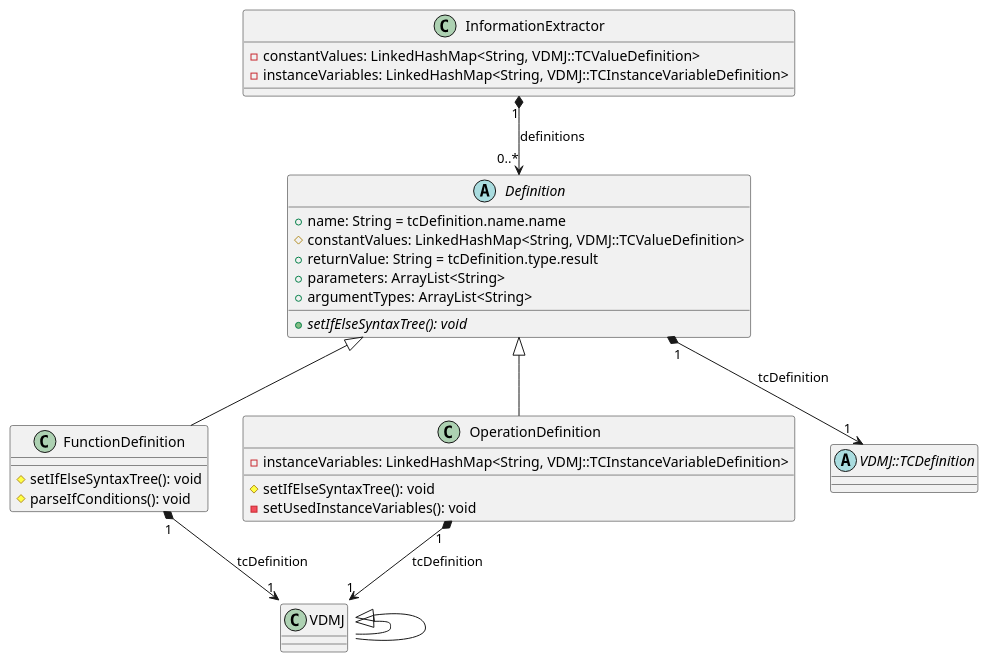
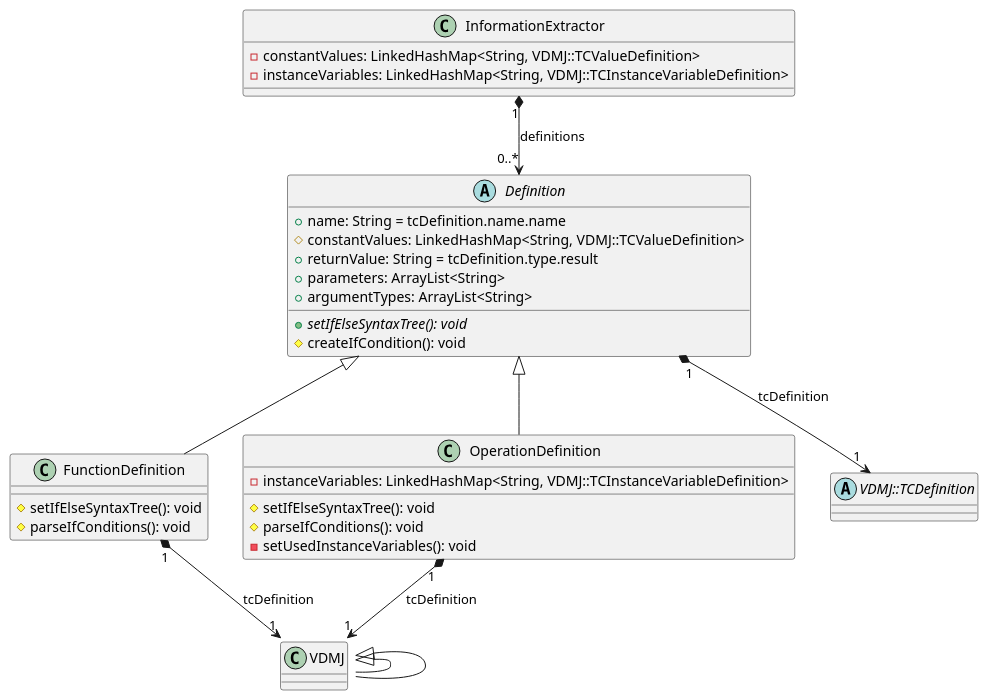
One commit to korosuke613/master-thesis changed the diagram in figs/Definition.wsd. Above: the diagram before and after it, drawn with PlantUML. The commit also changed 1 other file, not shown here.

```diff
--- a/figs/Definition.wsd
+++ b/figs/Definition.wsd
@@ -1,45 +1,47 @@
 @startuml Definition
 
 class InformationExtractor{
      - constantValues: LinkedHashMap<String, VDMJ::TCValueDefinition>
      - instanceVariables: LinkedHashMap<String, VDMJ::TCInstanceVariableDefinition>
 
 }
 
 abstract class Definition{
      + name: String = tcDefinition.name.name
      # constantValues: LinkedHashMap<String, VDMJ::TCValueDefinition>
      + returnValue: String = tcDefinition.type.result
      + parameters: ArrayList<String>
      + argumentTypes: ArrayList<String>
      + {abstract} setIfElseSyntaxTree(): void
+     # createIfCondition(): void
 }
 
 class FunctionDefinition{
      # setIfElseSyntaxTree(): void
      # parseIfConditions(): void
 }
 
 class OperationDefinition{
      - instanceVariables: LinkedHashMap<String, VDMJ::TCInstanceVariableDefinition>
      # setIfElseSyntaxTree(): void
+     # parseIfConditions(): void
      - setUsedInstanceVariables(): void
 }
 'note left: tcDefinition->oclIsTypeOf(TCExplicitOperationDefinition)
 
 ' left to right direction
 VDMJ::TCDefinition <|-- VDMJ::TCExplicitFunctionDefinition
 VDMJ::TCDefinition <|-- VDMJ::TCExplicitOperationDefinition
 
 abstract class VDMJ::TCDefinition
 
 Definition "1" *--> "1" VDMJ::TCDefinition: tcDefinition
 Definition <|-- FunctionDefinition
 Definition <|-- OperationDefinition
 
 FunctionDefinition "1" *--> "1" VDMJ::TCExplicitFunctionDefinition: tcDefinition
 OperationDefinition "1" *--> "1" VDMJ::TCExplicitOperationDefinition: tcDefinition
 
 InformationExtractor "1" *--> "0..*" Definition: definitions
 
 @enduml
```
